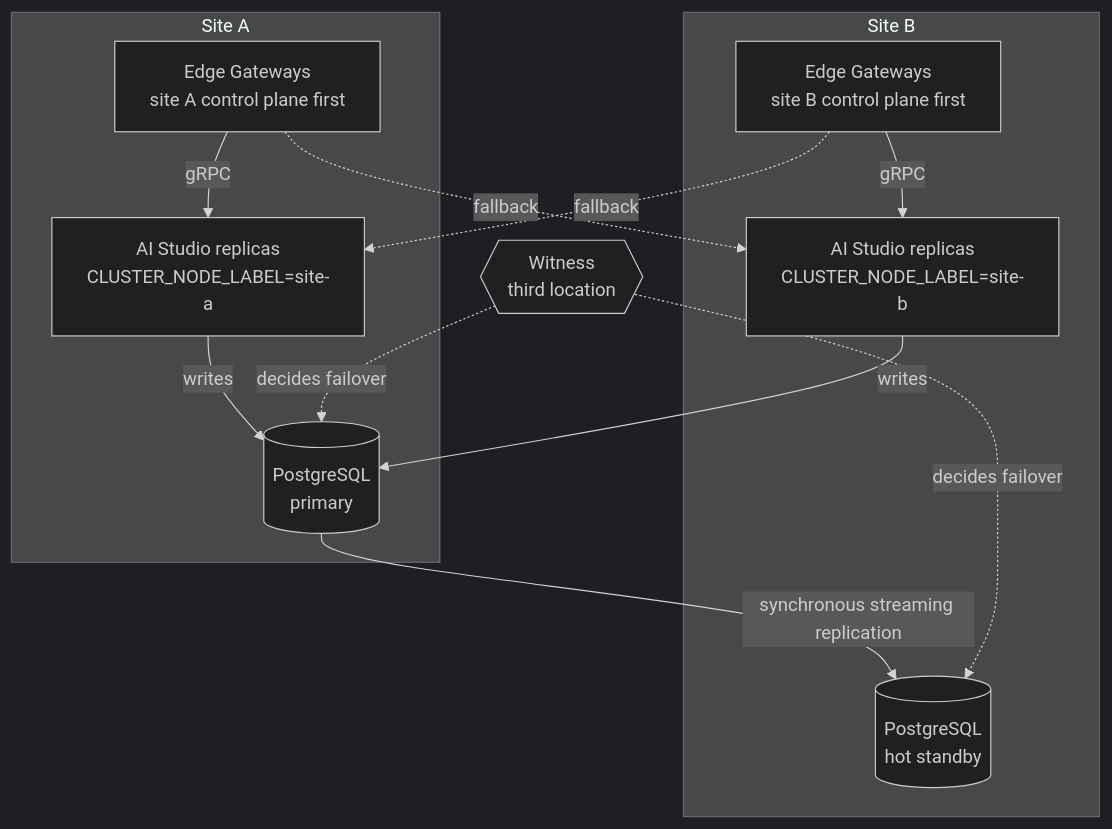
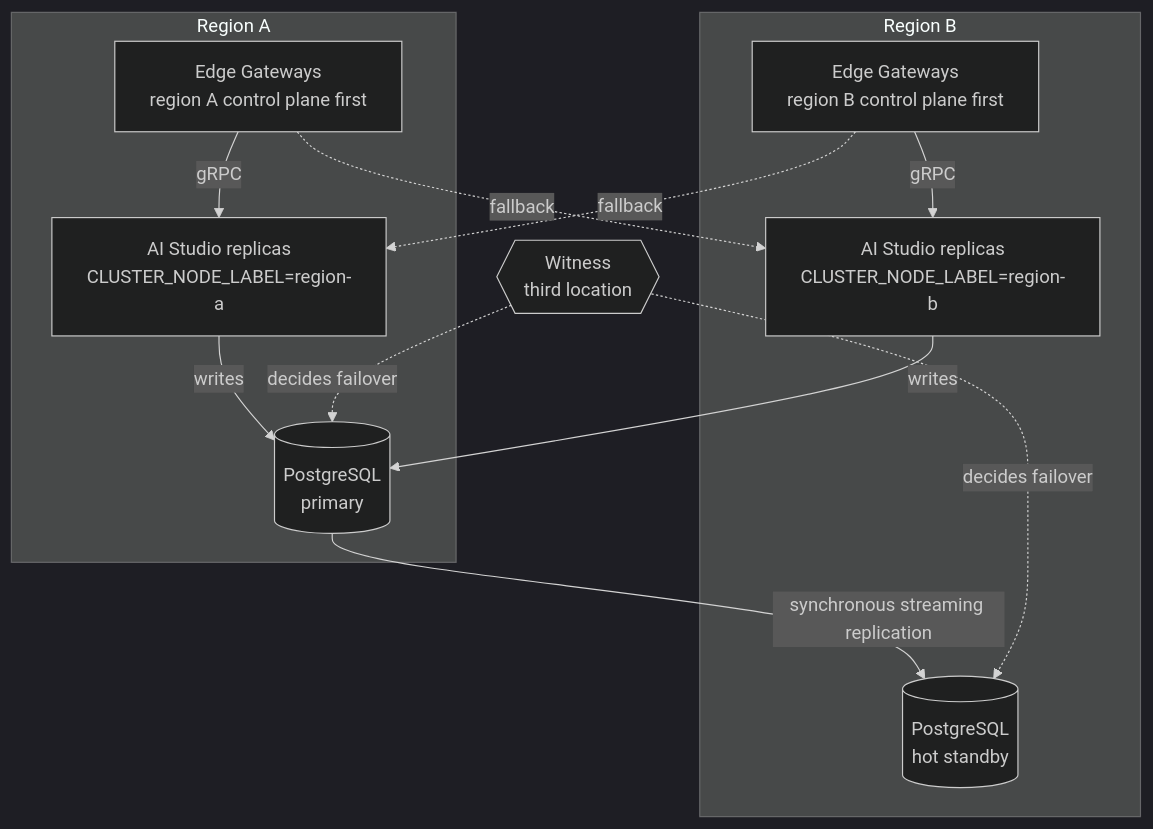
The diagram in ai-management/ai-studio/deployment-active-active.mdx (TykTechnologies/tyk-docs), drawn with Mermaid (dark theme) before and after one commit. The commit also changed other lines of this file, not shown here.

````diff
--- a/ai-management/ai-studio/deployment-active-active.mdx
+++ b/ai-management/ai-studio/deployment-active-active.mdx
@@ -33,23 +25,23 @@
 ```mermaid
 flowchart TB
-    subgraph SA["Site A"]
-        SA_S["AI Studio replicas<br/>CLUSTER_NODE_LABEL=site-a"]
+    subgraph SA["Region A"]
+        SA_S["AI Studio replicas<br/>CLUSTER_NODE_LABEL=region-a"]
         SA_PG[("PostgreSQL<br/>primary")]
-        SA_E["Edge Gateways<br/>site A control plane first"]
+        SA_E["Edge Gateways<br/>region A control plane first"]
     end
-    subgraph SB["Site B"]
-        SB_S["AI Studio replicas<br/>CLUSTER_NODE_LABEL=site-b"]
+    subgraph SB["Region B"]
+        SB_S["AI Studio replicas<br/>CLUSTER_NODE_LABEL=region-b"]
         SB_PG[("PostgreSQL<br/>hot standby")]
-        SB_E["Edge Gateways<br/>site B control plane first"]
+        SB_E["Edge Gateways<br/>region B control plane first"]
     end
     W{{"Witness<br/>third location"}}
     SA_S -- "writes" --> SA_PG
     SB_S -- "writes" --> SA_PG
     SA_PG -- "synchronous streaming replication" --> SB_PG
     W -. "decides failover" .-> SA_PG
     W -. "decides failover" .-> SB_PG
     SA_E -- "gRPC" --> SA_S
     SA_E -. "fallback" .-> SB_S
     SB_E -- "gRPC" --> SB_S
     SB_E -. "fallback" .-> SA_S
 ```
````
